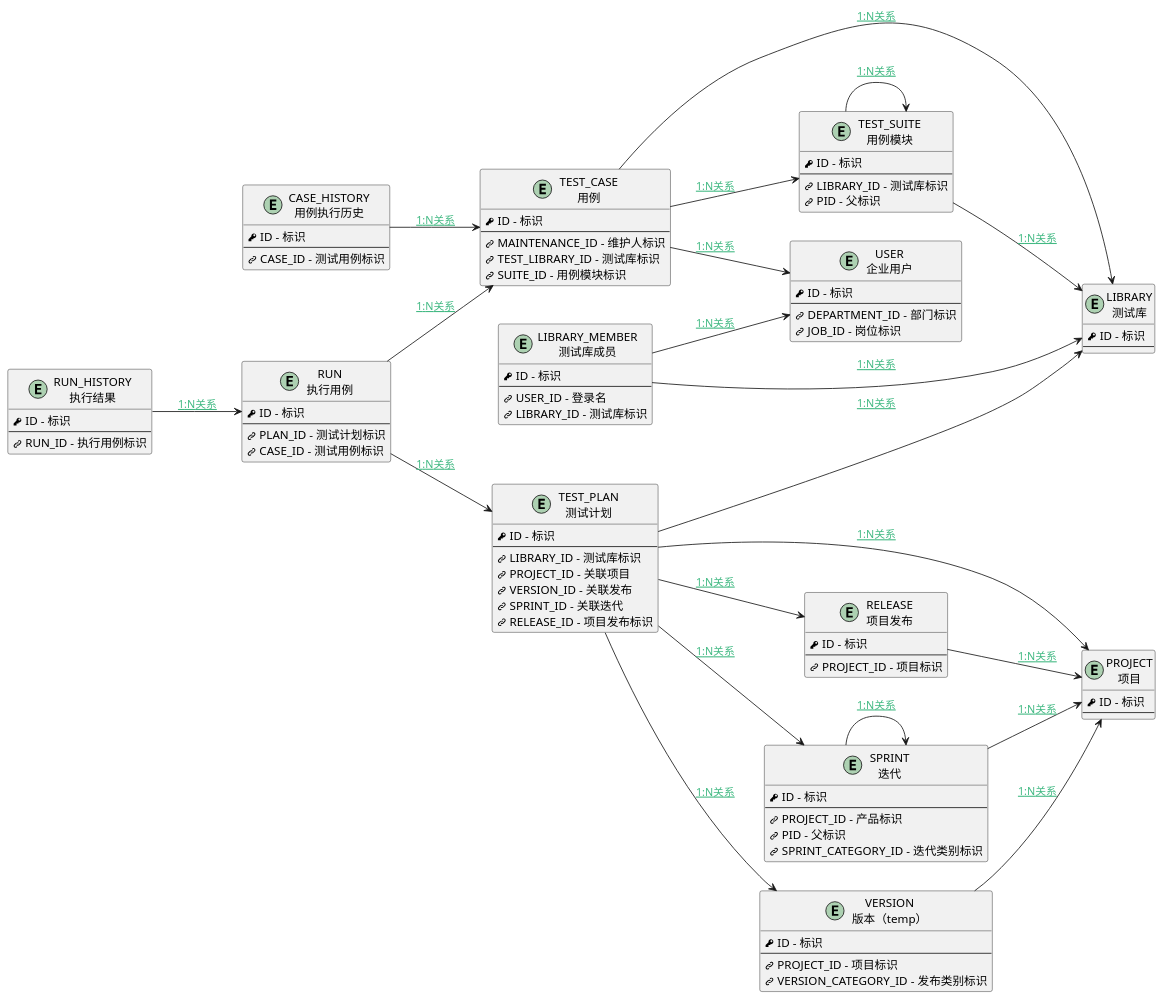
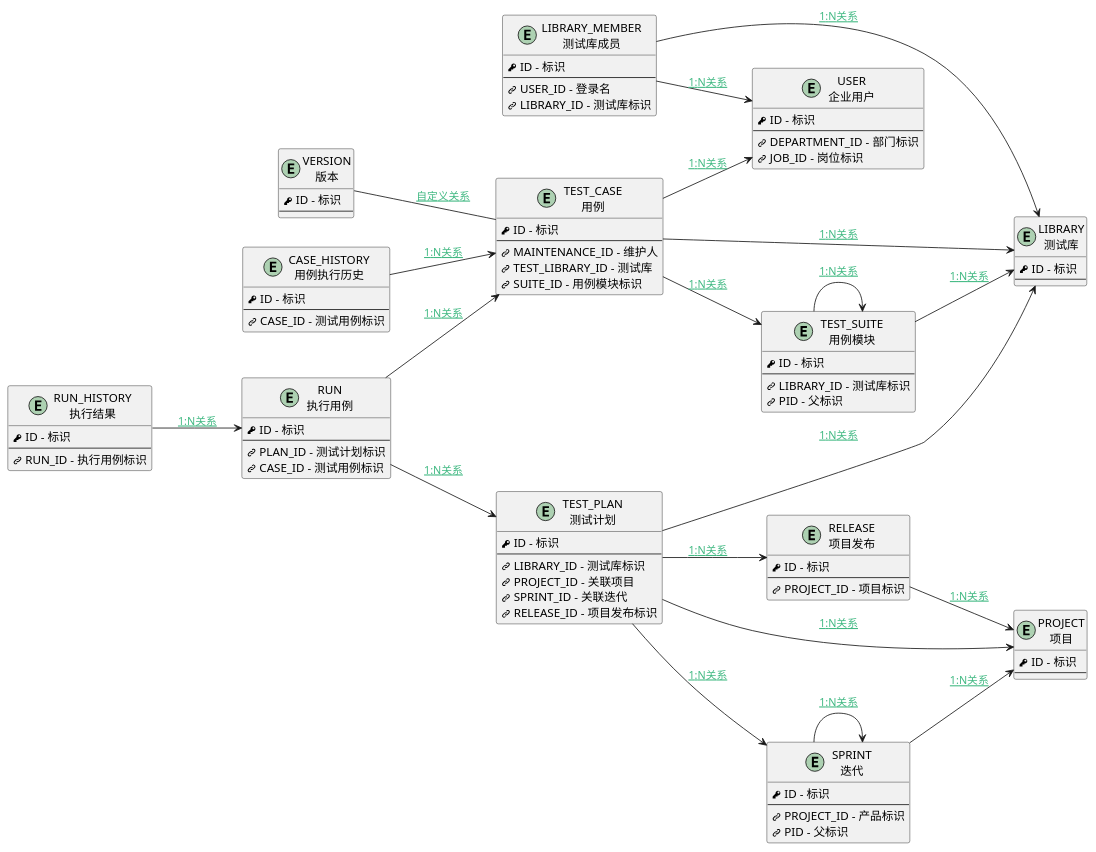
The diagram in doc/docsify/er/test_mgmt.md (iBizLab/plm), drawn with PlantUML before and after one commit. The commit also changed other lines of this file and 6272 other files, not shown here.

```diff
--- a/doc/docsify/er/test_mgmt.md
+++ b/doc/docsify/er/test_mgmt.md
@@ -11,81 +10,77 @@
 </style>
 left to right direction
 
-entity "CASE_HISTORY\n用例执行历史" as CASE_HISTORY [[$../module/TestMgmt/Case_history {用例执行历史}]] {
+entity "CASE_HISTORY\n用例执行历史" as CASE_HISTORY [[$../module/TestMgmt/case_history {用例执行历史}]] {
         <&key> ID - 标识
         --
         <&link-intact> CASE_ID - 测试用例标识
 }
-entity "LIBRARY\n测试库" as LIBRARY [[$../module/TestMgmt/Library {测试库}]] {
+entity "LIBRARY\n测试库" as LIBRARY [[$../module/TestMgmt/library {测试库}]] {
         <&key> ID - 标识
         --
 }
-entity "LIBRARY_MEMBER\n测试库成员" as LIBRARY_MEMBER [[$../module/TestMgmt/Library_member {测试库成员}]] {
+entity "LIBRARY_MEMBER\n测试库成员" as LIBRARY_MEMBER [[$../module/TestMgmt/library_member {测试库成员}]] {
         <&key> ID - 标识
         --
         <&link-intact> USER_ID - 登录名
         <&link-intact> LIBRARY_ID - 测试库标识
 }
-entity "PROJECT\n项目" as PROJECT [[$../module/ProjMgmt/Project {项目}]] {
+entity "PROJECT\n项目" as PROJECT [[$../module/ProjMgmt/project {项目}]] {
         <&key> ID - 标识
         --
 }
-entity "RELEASE\n项目发布" as RELEASE [[$../module/ProjMgmt/Release {项目发布}]] {
+entity "RELEASE\n项目发布" as RELEASE [[$../module/ProjMgmt/release {项目发布}]] {
         <&key> ID - 标识
         --
         <&link-intact> PROJECT_ID - 项目标识
 }
-entity "RUN\n执行用例" as RUN [[$../module/TestMgmt/Run {执行用例}]] {
+entity "RUN\n执行用例" as RUN [[$../module/TestMgmt/run {执行用例}]] {
         <&key> ID - 标识
         --
         <&link-intact> PLAN_ID - 测试计划标识
         <&link-intact> CASE_ID - 测试用例标识
 }
-entity "RUN_HISTORY\n执行结果" as RUN_HISTORY [[$../module/TestMgmt/Run_history {执行结果}]] {
+entity "RUN_HISTORY\n执行结果" as RUN_HISTORY [[$../module/TestMgmt/run_history {执行结果}]] {
         <&key> ID - 标识
         --
         <&link-intact> RUN_ID - 执行用例标识
 }
-entity "SPRINT\n迭代" as SPRINT [[$../module/ProjMgmt/Sprint {迭代}]] {
+entity "SPRINT\n迭代" as SPRINT [[$../module/ProjMgmt/sprint {迭代}]] {
         <&key> ID - 标识
         --
         <&link-intact> PROJECT_ID - 产品标识
         <&link-intact> PID - 父标识
-        <&link-intact> SPRINT_CATEGORY_ID - 迭代类别标识
 }
-entity "TEST_CASE\n用例" as TEST_CASE [[$../module/TestMgmt/Test_case {用例}]] {
+entity "TEST_CASE\n用例" as TEST_CASE [[$../module/TestMgmt/test_case {用例}]] {
         <&key> ID - 标识
         --
-        <&link-intact> MAINTENANCE_ID - 维护人标识
-        <&link-intact> TEST_LIBRARY_ID - 测试库标识
+        <&link-intact> MAINTENANCE_ID - 维护人
+        <&link-intact> TEST_LIBRARY_ID - 测试库
         <&link-intact> SUITE_ID - 用例模块标识
 }
-entity "TEST_PLAN\n测试计划" as TEST_PLAN [[$../module/TestMgmt/Test_plan {测试计划}]] {
+entity "TEST_PLAN\n测试计划" as TEST_PLAN [[$../module/TestMgmt/test_plan {测试计划}]] {
         <&key> ID - 标识
         --
         <&link-intact> LIBRARY_ID - 测试库标识
         <&link-intact> PROJECT_ID - 关联项目
-        <&link-intact> VERSION_ID - 关联发布
         <&link-intact> SPRINT_ID - 关联迭代
         <&link-intact> RELEASE_ID - 项目发布标识
 }
-entity "TEST_SUITE\n用例模块" as TEST_SUITE [[$../module/TestMgmt/Test_suite {用例模块}]] {
+entity "TEST_SUITE\n用例模块" as TEST_SUITE [[$../module/TestMgmt/test_suite {用例模块}]] {
         <&key> ID - 标识
         --
         <&link-intact> LIBRARY_ID - 测试库标识
         <&link-intact> PID - 父标识
 }
-entity "USER\n企业用户" as USER [[$../module/Base/User {企业用户}]] {
+entity "USER\n企业用户" as USER [[$../module/Base/user {企业用户}]] {
         <&key> ID - 标识
         --
         <&link-intact> DEPARTMENT_ID - 部门标识
         <&link-intact> JOB_ID - 岗位标识
 }
-entity "VERSION\n版本（temp）" as VERSION [[$../module/ProjMgmt/Version {版本（temp）}]] {
+entity "VERSION\n版本" as VERSION [[$../module/Base/version {版本}]] {
         <&key> ID - 标识
         --
-        <&link-intact> PROJECT_ID - 项目标识
-        <&link-intact> VERSION_CATEGORY_ID - 发布类别标识
 }
 
 LIBRARY_MEMBER--> LIBRARY : [[$../der/DER1N_LIBRARY_MEMBER_LIBRARY_LIBRARY_ID{DER1N_LIBRARY_MEMBER_LIBRARY_LIBRARY_ID} 1:N关系]]
@@ -95,19 +90,18 @@
 RELEASE--> PROJECT : [[$../der/DER1N_RELEASE_PROJECT_PROJECT_ID{DER1N_RELEASE_PROJECT_PROJECT_ID} 1:N关系]]
 SPRINT--> PROJECT : [[$../der/DER1N_SPRINT_PROJECT_PROJECT_ID{DER1N_SPRINT_PROJECT_PROJECT_ID} 1:N关系]]
 TEST_PLAN--> PROJECT : [[$../der/DER1N_TEST_PLAN_PROJECT_PROJECT_ID{DER1N_TEST_PLAN_PROJECT_PROJECT_ID} 1:N关系]]
-VERSION--> PROJECT : [[$../der/DER1N_VERSION_PROJECT_PROJECT_ID{DER1N_VERSION_PROJECT_PROJECT_ID} 1:N关系]]
 TEST_PLAN--> RELEASE : [[$../der/DER1N_TEST_PLAN_RELEASE_RELEASE_ID{DER1N_TEST_PLAN_RELEASE_RELEASE_ID} 1:N关系]]
 RUN_HISTORY--> RUN : [[$../der/DER1N_RUN_HISTORY_RUN_RUN_ID{DER1N_RUN_HISTORY_RUN_RUN_ID} 1:N关系]]
 SPRINT--> SPRINT : [[$../der/DER1N_SPRINT_SPRINT_PID{DER1N_SPRINT_SPRINT_PID} 1:N关系]]
 TEST_PLAN--> SPRINT : [[$../der/DER1N_TEST_PLAN_SPRINT_SPRINT_ID{DER1N_TEST_PLAN_SPRINT_SPRINT_ID} 1:N关系]]
 CASE_HISTORY--> TEST_CASE : [[$../der/DER1N_CASE_HISTORY_TEST_CASE_CASE_ID{DER1N_CASE_HISTORY_TEST_CASE_CASE_ID} 1:N关系]]
 RUN--> TEST_CASE : [[$../der/DER1N_RUN_TEST_CASE_CASE_ID{DER1N_RUN_TEST_CASE_CASE_ID} 1:N关系]]
+VERSION-- TEST_CASE : [[$../der/DERCUSTOM_VERSION_TEST_CASE{DERCUSTOM_VERSION_TEST_CASE} 自定义关系]]
 RUN--> TEST_PLAN : [[$../der/DER1N_RUN_TEST_PLAN_PLAN_ID{DER1N_RUN_TEST_PLAN_PLAN_ID} 1:N关系]]
 TEST_CASE--> TEST_SUITE : [[$../der/DER1N_TEST_CASE_TEST_SUITE_SUITE_ID{DER1N_TEST_CASE_TEST_SUITE_SUITE_ID} 1:N关系]]
 TEST_SUITE--> TEST_SUITE : [[$../der/DER1N_TEST_SUITE_TEST_SUITE_PID{DER1N_TEST_SUITE_TEST_SUITE_PID} 1:N关系]]
 LIBRARY_MEMBER--> USER : [[$../der/DER1N_LIBRARY_MEMBER_USER_USER_ID{DER1N_LIBRARY_MEMBER_USER_USER_ID} 1:N关系]]
 TEST_CASE--> USER : [[$../der/DER1N_TEST_CASE_USER_MAINTENANCE_ID{DER1N_TEST_CASE_USER_MAINTENANCE_ID} 1:N关系]]
-TEST_PLAN--> VERSION : [[$../der/DER1N_TEST_PLAN_VERSION_VERSION_ID{DER1N_TEST_PLAN_VERSION_VERSION_ID} 1:N关系]]
 
 
 hide methods
```
